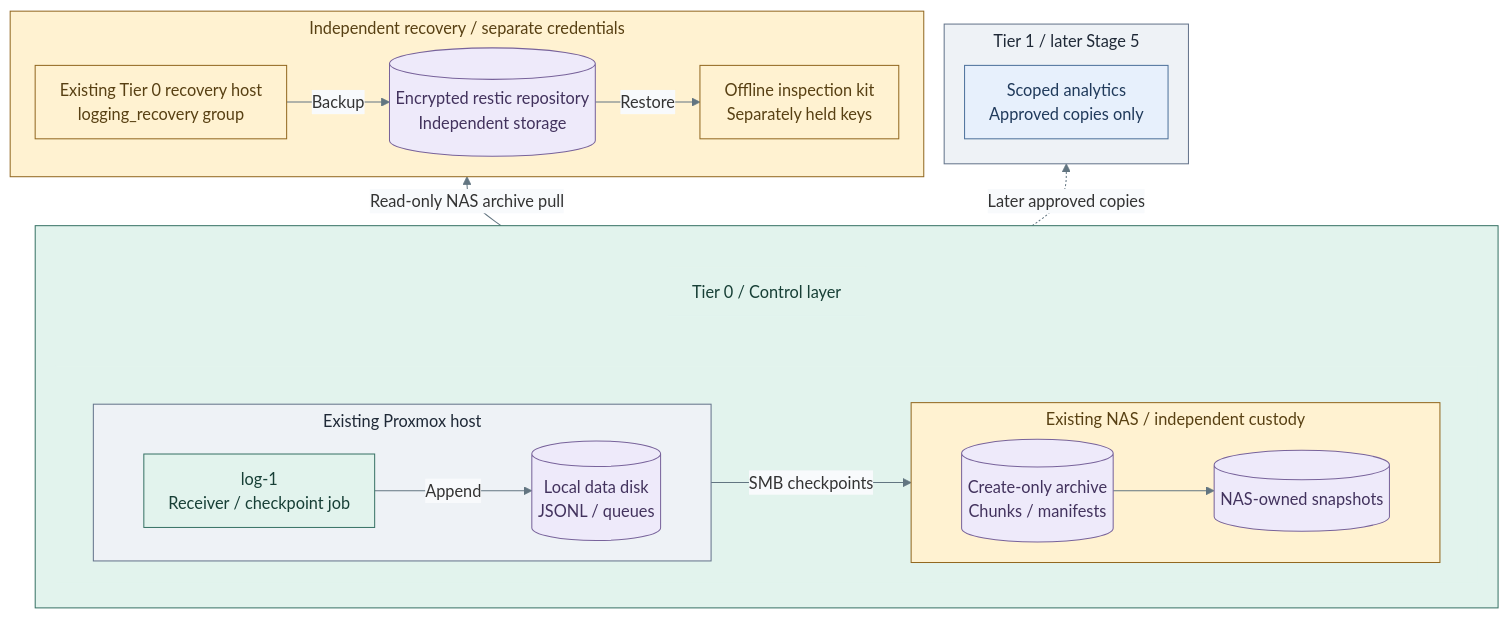
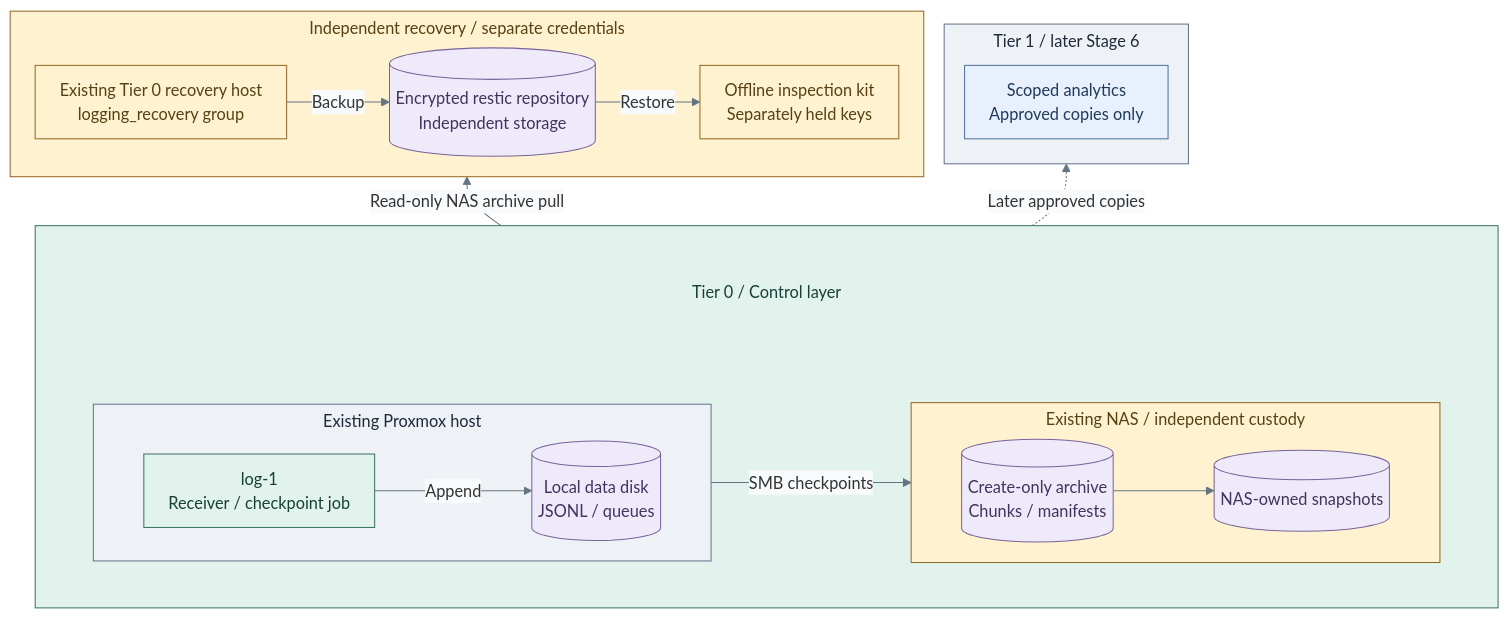
One commit to Rexus/homelab changed the third of 3 diagrams in docs/deployment/stage-1-logging/README.md. Above: the diagram before and after it, drawn with Mermaid. The commit also changed other lines of this file and 89 other files, not shown here.

Commit message:
docs(deployment): align capability stages and diagrams

````diff
--- a/docs/deployment/stage-1-logging/README.md
+++ b/docs/deployment/stage-1-logging/README.md
@@ -205,51 +205,51 @@
 ```mermaid
 %%{init: {"theme":"base","flowchart":{"nodeSpacing":20,"rankSpacing":24,"padding":12,"subGraphTitleMargin":{"top":4,"bottom":12}},"themeVariables":{"lineColor":"#627581","edgeLabelBackground":"#f8fafc"}}}%%
 flowchart BT
-  subgraph T1["Tier 1 / later Stage 5"]
+  subgraph T1["Tier 1 / later Stage 6"]
     Search["Scoped analytics<br/>Approved copies only"]
   end
   subgraph T0[" "]
     direction TB
     T0Title["Tier 0 / Control layer"]
     subgraph Placement[" "]
       direction LR
       subgraph PVE["Existing Proxmox host"]
         direction LR
         VM["log-1<br/>Receiver / checkpoint job"]
         Records[("Local data disk<br/>JSONL / queues")]
         VM -->|Append| Records
       end
       subgraph NAS["Existing NAS / independent custody"]
         direction LR
         Evidence[("Create-only archive<br/>Chunks / manifests")]
         Snapshots[("NAS-owned snapshots")]
         Evidence --> Snapshots
       end
       PVE -->|SMB checkpoints| NAS
     end
     T0Title ~~~ Placement
   end
   subgraph Recovery["Independent recovery / separate credentials"]
     direction LR
     Backup["Existing Tier 0 recovery host<br/>logging_recovery group"]
     Copy[("Encrypted restic repository<br/>Independent storage")]
     Offline["Offline inspection kit<br/>Separately held keys"]
     Backup -->|Backup| Copy
     Copy -->|Restore| Offline
   end
   T0 -->|Read-only NAS archive pull| Recovery
   T0 -. "Later approved copies" .-> T1
   classDef default fill:#f8fafc,stroke:#64748b,color:#1f2937
   classDef boundary fill:#eef2f6,stroke:#64748b,color:#1f2937
   classDef control fill:#e2f3ed,stroke:#397366,color:#173f36
   classDef controlHeading fill:#e2f3ed,stroke:#e2f3ed,color:#173f36
   classDef data fill:#eeeafa,stroke:#78639b,color:#42325d
   classDef custody fill:#fff2d1,stroke:#926820,color:#584013
   classDef services fill:#e7f0fc,stroke:#4d719b,color:#203a5b
   class T1,PVE boundary
   class T0,VM control
   class T0Title,Placement controlHeading
   class Records,Evidence,Snapshots,Copy data
   class NAS,Recovery,Backup,Offline custody
   class Search services
 ```
````
